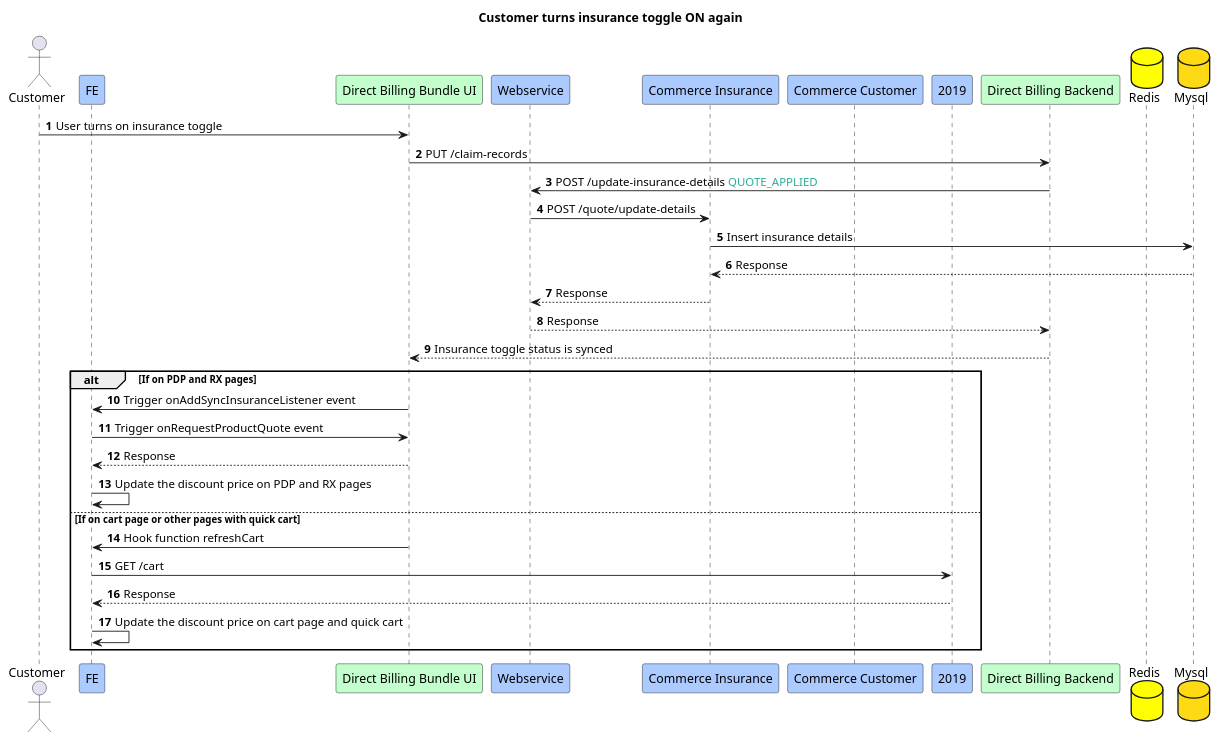
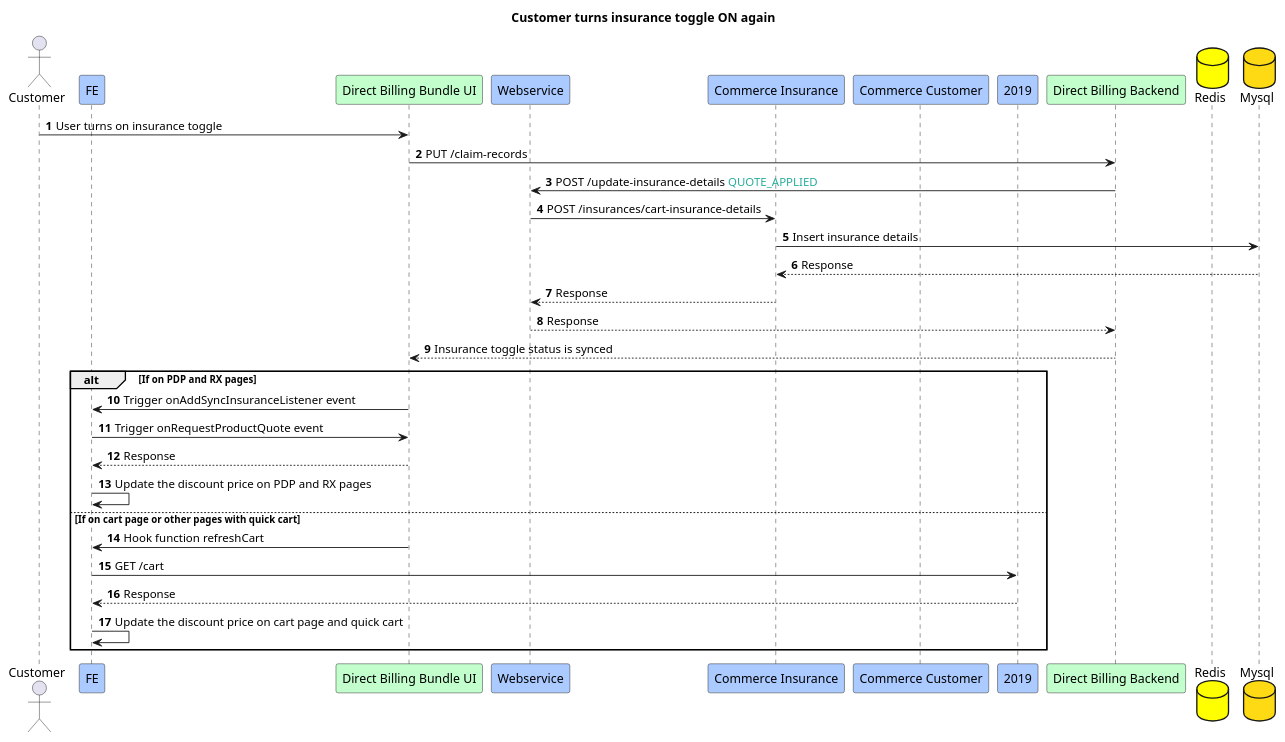
One commit to Jayounger/EyeMed-Sequence-Diagram changed the diagram in 9.Customer turns insurance toggle ON again.puml. Above: the diagram before and after it, drawn with PlantUML. The commit also changed 13 other files, not shown here.

```diff
--- a/9.Customer turns insurance toggle ON again.puml
+++ b/9.Customer turns insurance toggle ON again.puml
@@ -1,58 +1,58 @@
 @startuml
 title Customer turns insurance toggle ON again
 actor Customer
 participant FE #abcaff
 participant "Direct Billing Bundle UI" #c3ffcd
 participant "Webservice" #abcaff
 participant "Commerce Insurance" #abcaff
 participant "Commerce Customer" #abcaff
 participant "2019" #abcaff
 participant "Direct Billing Backend" #c3ffcd
 database "Redis" #yellow
 database "Mysql" #fdda14
 
 autonumber
 Customer -> "Direct Billing Bundle UI":User turns on insurance toggle
 '"Direct Billing Bundle UI" -> FE:Hook function getCustomer
 'alt If it is a guest user
 '    FE --> "Direct Billing Bundle UI":Response guest user info
 'else If it is a login user
 '    FE -> "Webservice":GET /users/{user-id}
 '    "Webservice" -> "Commerce Customer":GET /users/{user-id}
 '    "Commerce Customer" --> "Webservice":Response
 '    "Webservice" --> FE:Response
 '    FE --> "Direct Billing Bundle UI":Response login user info
 'end
 
 '"Direct Billing Bundle UI" -> FE:hook function getCartItemDetails
 
-'FE -> "Webservice":GET /insurance/product-bundle
-'"Webservice" -> "Commerce Insurance":GET /product-bundle
+'FE -> "Webservice":GET /insurances/cart-products
+'"Webservice" -> "Commerce Insurance":GET /insurances/cart-products
 '"Commerce Insurance" -> 2019:GET /cart
 '2019 --> "Commerce Insurance":Response
 '"Commerce Insurance" --> "Webservice":Response
 '"Webservice" --> FE:Response
 'FE --> "Direct Billing Bundle UI":Response product bundle
 
 "Direct Billing Bundle UI" -> "Direct Billing Backend": PUT /claim-records
 
 "Direct Billing Backend" -> "Webservice":POST /update-insurance-details <font color=#27ad9a>QUOTE_APPLIED
-"Webservice" -> "Commerce Insurance":POST /quote/update-details
+"Webservice" -> "Commerce Insurance":POST /insurances/cart-insurance-details
 "Commerce Insurance" -> "Mysql":Insert insurance details
 "Mysql" --> "Commerce Insurance":Response
 "Commerce Insurance" --> "Webservice":Response
 "Webservice" --> "Direct Billing Backend":Response
 "Direct Billing Backend" --> "Direct Billing Bundle UI":Insurance toggle status is synced
 alt If on PDP and RX pages 
 "Direct Billing Bundle UI" -> FE:Trigger onAddSyncInsuranceListener event
 FE -> "Direct Billing Bundle UI":Trigger onRequestProductQuote event
 "Direct Billing Bundle UI" --> FE:Response
 FE -> FE:Update the discount price on PDP and RX pages
 else If on cart page or other pages with quick cart
 "Direct Billing Bundle UI" -> FE:Hook function refreshCart
 FE -> 2019:GET /cart
 2019 --> FE:Response
 FE -> FE:Update the discount price on cart page and quick cart
 end
 
 @enduml
```
